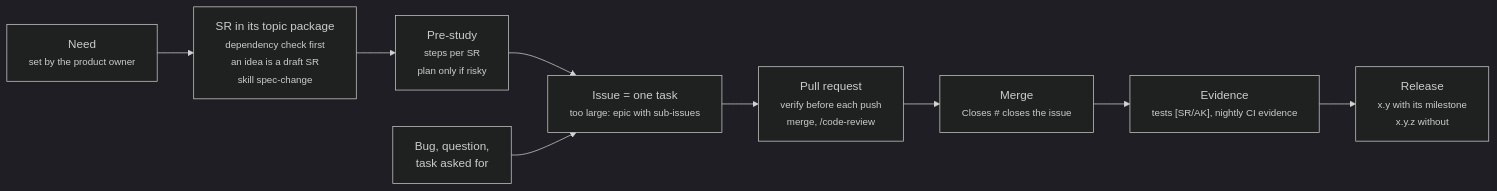
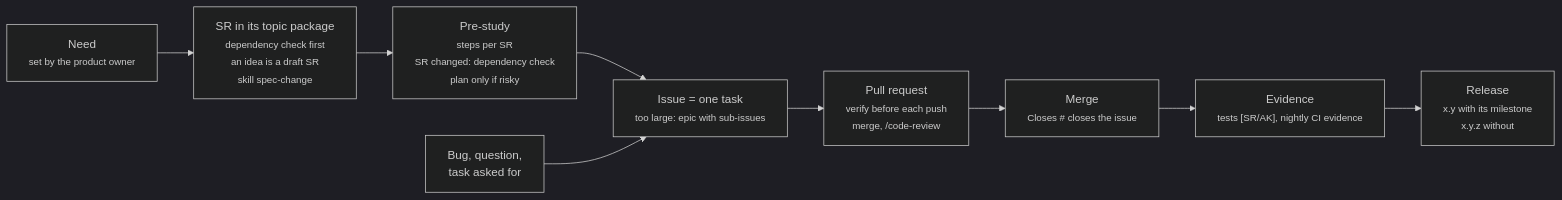
The diagram in docs/process.md (ThomasBirkmaier/ReqSeq), drawn with Mermaid (dark theme) before and after one commit. The commit also changed other lines of this file and 3 other files, not shown here.

First line of the commit message:
docs(rules): precise trace and search commands, pre-study path, review of touchpoints

````diff
--- a/docs/process.md
+++ b/docs/process.md
@@ -5,16 +5,16 @@
 ```mermaid
 flowchart LR
   need["Need<br/><small>set by the product owner</small>"]
   sr["SR in its topic package<br/><small>dependency check first<br/>an idea is a draft SR<br/>skill spec-change</small>"]
-  study["Pre-study<br/><small>steps per SR<br/>plan only if risky</small>"]
+  study["Pre-study<br/><small>steps per SR<br/>SR changed: dependency check<br/>plan only if risky</small>"]
   entry["Bug, question,<br/>task asked for"]
   issue["Issue = one task<br/><small>too large: epic with sub-issues</small>"]
   pr["Pull request<br/><small>verify before each push<br/>merge, /code-review</small>"]
   merged["Merge<br/><small>Closes # closes the issue</small>"]
   evidence["Evidence<br/><small>tests [SR/AK], nightly CI evidence</small>"]
   release["Release<br/><small>x.y with its milestone<br/>x.y.z without</small>"]
 
   need --> sr --> study --> issue
   entry --> issue
   issue --> pr --> merged --> evidence --> release
 ```
````
